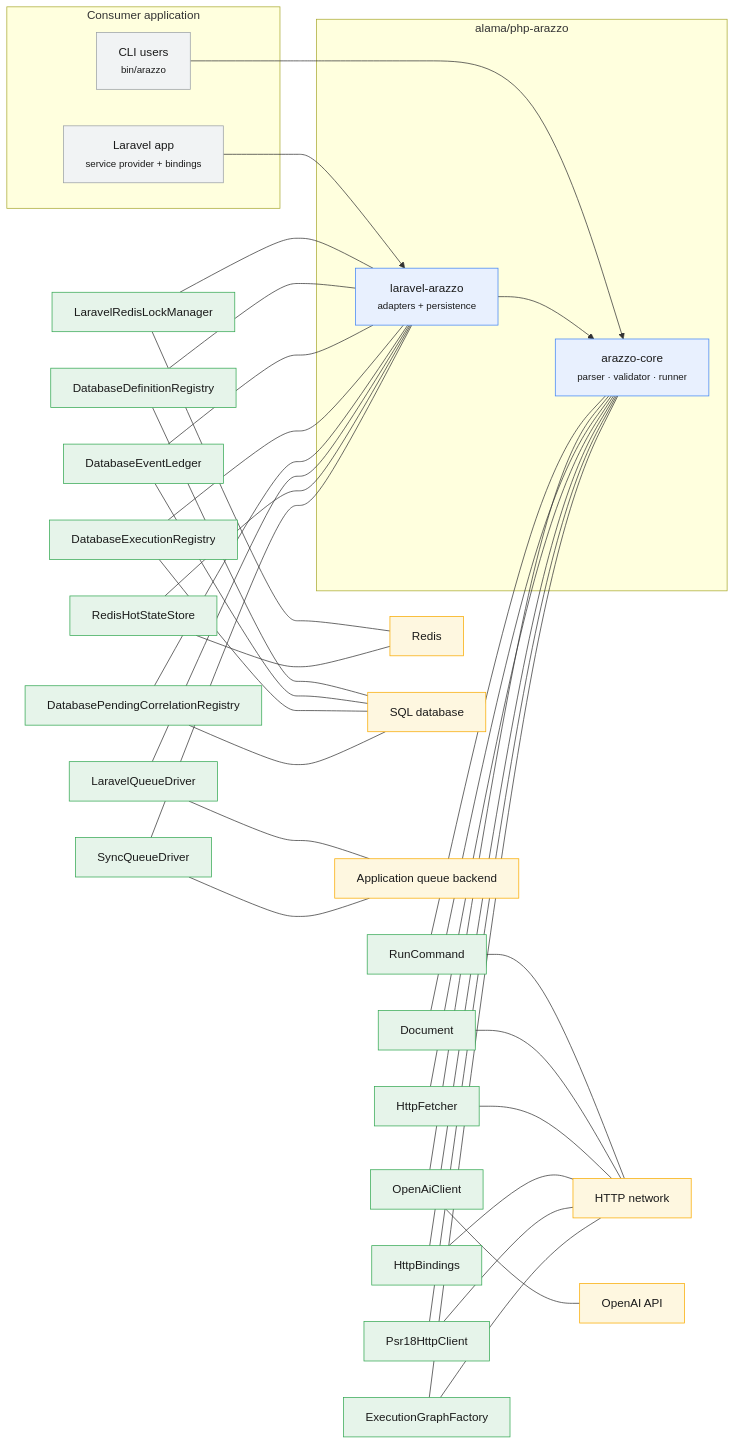
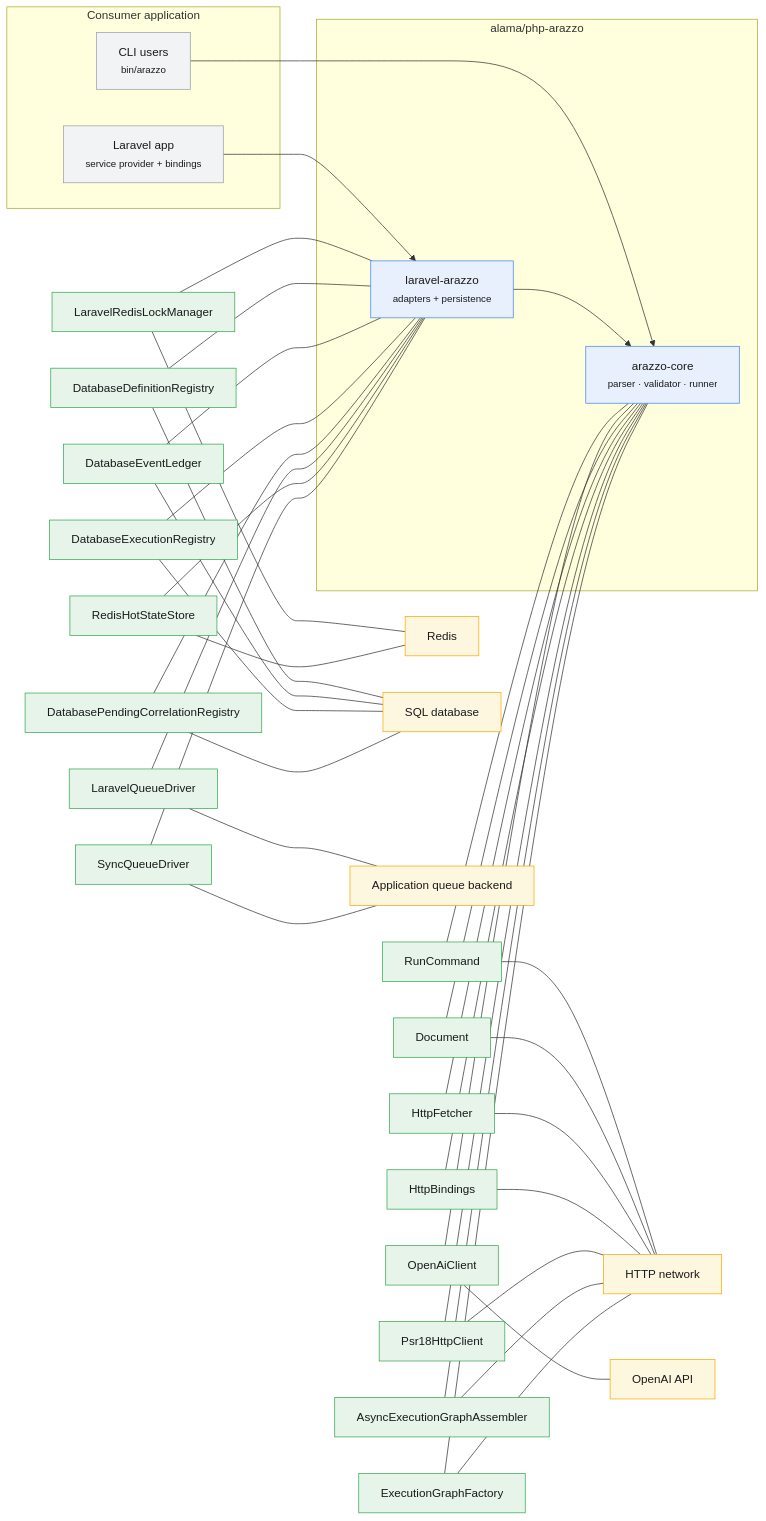
The diagram in docs/generated/integration-context.md (Mohammed-Alama/php-arazzo), drawn with Mermaid before and after one commit. The commit also changed 21 other files, not shown here.

Commit message:
feat(runner): assemble the async execution graph behind the builder face — refs #61

````diff
--- a/docs/generated/integration-context.md
+++ b/docs/generated/integration-context.md
@@ -12,68 +12,71 @@
 ```mermaid
 flowchart LR
     subgraph Host["Consumer application"]
         LARAVEL["Laravel app<br/><small>service provider + bindings</small>"]:::host
         CLI["CLI users<br/><small>bin/arazzo</small>"]:::host
     end
     subgraph Package["alama/php-arazzo"]
         CORE["arazzo-core<br/><small>parser · validator · runner</small>"]:::package
         BRIDGE["laravel-arazzo<br/><small>adapters + persistence</small>"]:::package
         CLI --> CORE
         LARAVEL --> BRIDGE
         BRIDGE --> CORE
     end
         A_Alama_Arazzo_Laravel_Lock_LaravelRedisLockManager["LaravelRedisLockManager"]:::adapter
         A_Alama_Arazzo_Laravel_Lock_LaravelRedisLockManager --- BRIDGE
         A_Alama_Arazzo_Laravel_Lock_LaravelRedisLockManager --- redis
         A_Alama_Arazzo_Laravel_Persistence_DatabaseDefinitionRegistry["DatabaseDefinitionRegistry"]:::adapter
         A_Alama_Arazzo_Laravel_Persistence_DatabaseDefinitionRegistry --- BRIDGE
         A_Alama_Arazzo_Laravel_Persistence_DatabaseDefinitionRegistry --- sql
         A_Alama_Arazzo_Laravel_Persistence_DatabaseEventLedger["DatabaseEventLedger"]:::adapter
         A_Alama_Arazzo_Laravel_Persistence_DatabaseEventLedger --- BRIDGE
         A_Alama_Arazzo_Laravel_Persistence_DatabaseEventLedger --- sql
         A_Alama_Arazzo_Laravel_Persistence_DatabaseExecutionRegistry["DatabaseExecutionRegistry"]:::adapter
         A_Alama_Arazzo_Laravel_Persistence_DatabaseExecutionRegistry --- BRIDGE
         A_Alama_Arazzo_Laravel_Persistence_DatabaseExecutionRegistry --- sql
         A_Alama_Arazzo_Laravel_Persistence_DatabasePendingCorrelationRegistry["DatabasePendingCorrelationRegistry"]:::adapter
         A_Alama_Arazzo_Laravel_Persistence_DatabasePendingCorrelationRegistry --- BRIDGE
         A_Alama_Arazzo_Laravel_Persistence_DatabasePendingCorrelationRegistry --- sql
         A_Alama_Arazzo_Laravel_Queue_LaravelQueueDriver["LaravelQueueDriver"]:::adapter
         A_Alama_Arazzo_Laravel_Queue_LaravelQueueDriver --- BRIDGE
         A_Alama_Arazzo_Laravel_Queue_LaravelQueueDriver --- queue
         A_Alama_Arazzo_Laravel_State_RedisHotStateStore["RedisHotStateStore"]:::adapter
         A_Alama_Arazzo_Laravel_State_RedisHotStateStore --- BRIDGE
         A_Alama_Arazzo_Laravel_State_RedisHotStateStore --- redis
         A_Alama_Arazzo_Runner_Execution_SyncQueueDriver["SyncQueueDriver"]:::adapter
         A_Alama_Arazzo_Runner_Execution_SyncQueueDriver --- BRIDGE
         A_Alama_Arazzo_Runner_Execution_SyncQueueDriver --- queue
         A_Alama_Arazzo_Cli_Console_Command_RunCommand["RunCommand"]:::adapter
         A_Alama_Arazzo_Cli_Console_Command_RunCommand --- CORE
         A_Alama_Arazzo_Cli_Console_Command_RunCommand --- net
         A_Alama_Arazzo_Cli_Generator_Clients_OpenAiClient["OpenAiClient"]:::adapter
         A_Alama_Arazzo_Cli_Generator_Clients_OpenAiClient --- CORE
         A_Alama_Arazzo_Cli_Generator_Clients_OpenAiClient --- openai
         A_Alama_Arazzo_Document_Document["Document"]:::adapter
         A_Alama_Arazzo_Document_Document --- CORE
         A_Alama_Arazzo_Document_Document --- net
         A_Alama_Arazzo_Document_Resolver_Fetchers_HttpFetcher["HttpFetcher"]:::adapter
         A_Alama_Arazzo_Document_Resolver_Fetchers_HttpFetcher --- CORE
         A_Alama_Arazzo_Document_Resolver_Fetchers_HttpFetcher --- net
         A_Alama_Arazzo_Laravel_Bindings_HttpBindings["HttpBindings"]:::adapter
         A_Alama_Arazzo_Laravel_Bindings_HttpBindings --- CORE
         A_Alama_Arazzo_Laravel_Bindings_HttpBindings --- net
         A_Alama_Arazzo_Laravel_Http_Psr18HttpClient["Psr18HttpClient"]:::adapter
         A_Alama_Arazzo_Laravel_Http_Psr18HttpClient --- CORE
         A_Alama_Arazzo_Laravel_Http_Psr18HttpClient --- net
+        A_Alama_Arazzo_Runner_Execution_AsyncExecutionGraphAssembler["AsyncExecutionGraphAssembler"]:::adapter
+        A_Alama_Arazzo_Runner_Execution_AsyncExecutionGraphAssembler --- CORE
+        A_Alama_Arazzo_Runner_Execution_AsyncExecutionGraphAssembler --- net
         A_Alama_Arazzo_Runner_Execution_ExecutionGraphFactory["ExecutionGraphFactory"]:::adapter
         A_Alama_Arazzo_Runner_Execution_ExecutionGraphFactory --- CORE
         A_Alama_Arazzo_Runner_Execution_ExecutionGraphFactory --- net
     net["HTTP network"]:::system
     openai["OpenAI API"]:::system
     queue["Application queue backend"]:::system
     redis["Redis"]:::system
     sql["SQL database"]:::system
     classDef host fill:#f1f3f4,stroke:#9aa0a6,color:#1a1a1a;
     classDef package fill:#e8f0fe,stroke:#4285f4,color:#1a1a1a;
     classDef adapter fill:#e6f4ea,stroke:#34a853,color:#1a1a1a;
     classDef system fill:#fef7e0,stroke:#f9ab00,color:#1a1a1a;
 ```
````
